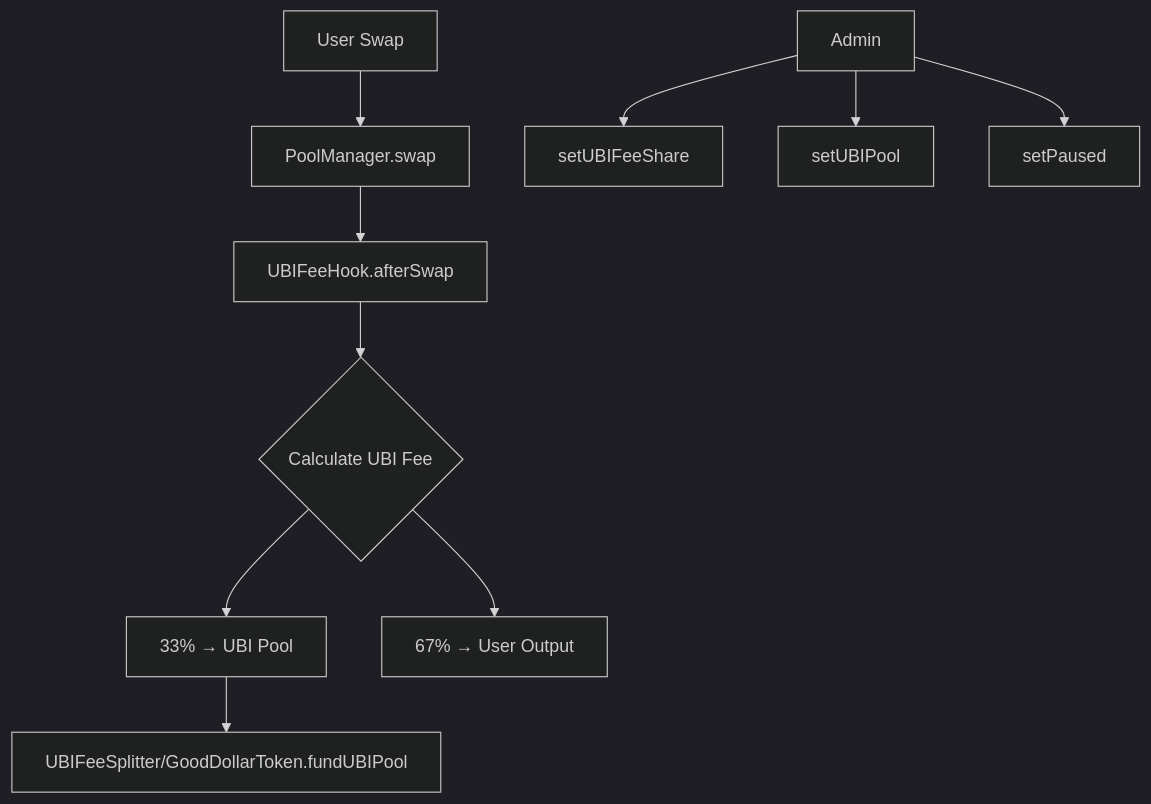
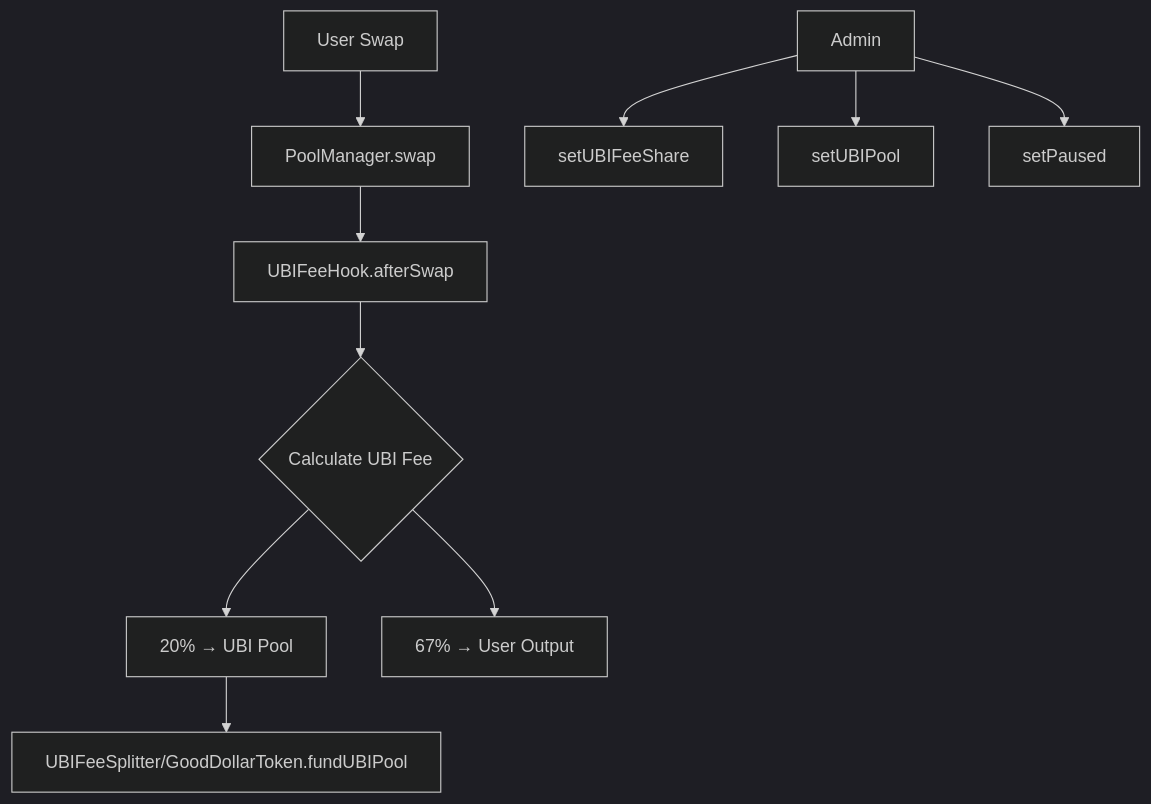
The diagram in .autobuilder/initiatives/0001-gooddollar-l2/tasks/0002-uniswap-v4-hooks.md (GoodDollar/gooddollar-l2), drawn with Mermaid (dark theme) before and after one commit. The commit also changed other lines of this file and 108 other files, not shown here.

````diff
--- a/.autobuilder/initiatives/0001-gooddollar-l2/tasks/0002-uniswap-v4-hooks.md
+++ b/.autobuilder/initiatives/0001-gooddollar-l2/tasks/0002-uniswap-v4-hooks.md
@@ -56,13 +56,13 @@
 ```mermaid
 graph TD
     A[User Swap] --> B[PoolManager.swap]
     B --> C[UBIFeeHook.afterSwap]
     C --> D{Calculate UBI Fee}
-    D --> E[33% → UBI Pool]
+    D --> E[20% → UBI Pool]
     D --> F[67% → User Output]
     E --> G[UBIFeeSplitter/GoodDollarToken.fundUBIPool]
     
     H[Admin] --> I[setUBIFeeShare]
     H --> J[setUBIPool]
     H --> K[setPaused]
 ```
````
